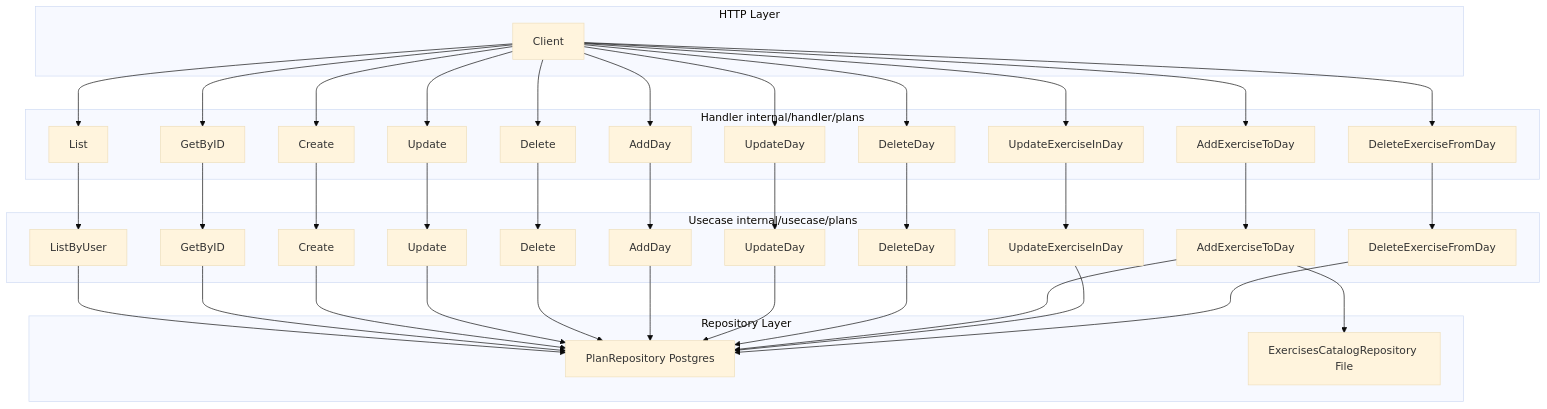
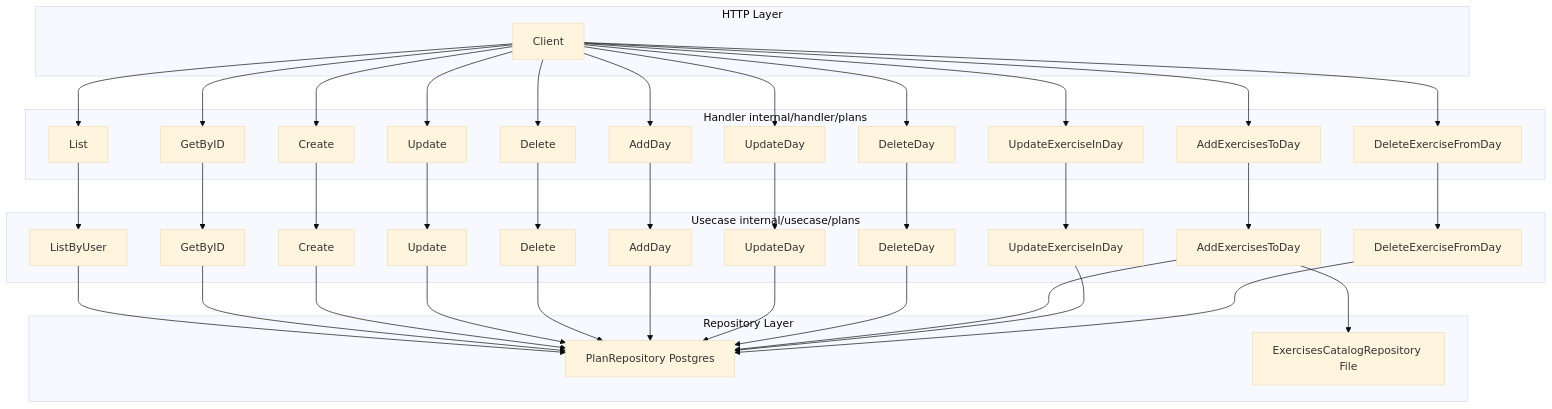
The diagram in docs/plan/plans.md (Sandryud/go-app), drawn with Mermaid (base theme) before and after one commit. The commit also changed other lines of this file and 8 other files, not shown here.

````diff
--- a/docs/plan/plans.md
+++ b/docs/plan/plans.md
@@ -24,76 +24,76 @@
 ```mermaid
 flowchart TB
   subgraph Transport [HTTP Layer]
     Client[Client]
   end
 
   subgraph HandlerLayer [Handler internal/handler/plans]
     List[List]
     GetByID[GetByID]
     Create[Create]
     Update[Update]
     Delete[Delete]
     AddDay[AddDay]
     UpdateDay[UpdateDay]
     DeleteDay[DeleteDay]
-    AddEx[AddExerciseToDay]
+    AddEx[AddExercisesToDay]
     UpdateEx[UpdateExerciseInDay]
     DeleteEx[DeleteExerciseFromDay]
   end
 
   subgraph UsecaseLayer [Usecase internal/usecase/plans]
     U_List[ListByUser]
     U_Get[GetByID]
     U_Create[Create]
     U_Update[Update]
     U_Delete[Delete]
     U_AddDay[AddDay]
     U_UpdateDay[UpdateDay]
     U_DeleteDay[DeleteDay]
-    U_AddEx[AddExerciseToDay]
+    U_AddEx[AddExercisesToDay]
     U_UpdateEx[UpdateExerciseInDay]
     U_DeleteEx[DeleteExerciseFromDay]
   end
 
   subgraph RepoLayer [Repository Layer]
     PlanRepo[PlanRepository Postgres]
     CatalogRepo[ExercisesCatalogRepository File]
   end
 
   Client --> List
   Client --> GetByID
   Client --> Create
   Client --> Update
   Client --> Delete
   Client --> AddDay
   Client --> UpdateDay
   Client --> DeleteDay
   Client --> AddEx
   Client --> UpdateEx
   Client --> DeleteEx
 
   List --> U_List
   GetByID --> U_Get
   Create --> U_Create
   Update --> U_Update
   Delete --> U_Delete
   AddDay --> U_AddDay
   UpdateDay --> U_UpdateDay
   DeleteDay --> U_DeleteDay
   AddEx --> U_AddEx
   UpdateEx --> U_UpdateEx
   DeleteEx --> U_DeleteEx
 
   U_List --> PlanRepo
   U_Get --> PlanRepo
   U_Create --> PlanRepo
   U_Update --> PlanRepo
   U_Delete --> PlanRepo
   U_AddDay --> PlanRepo
   U_UpdateDay --> PlanRepo
   U_DeleteDay --> PlanRepo
   U_AddEx --> PlanRepo
   U_AddEx --> CatalogRepo
   U_UpdateEx --> PlanRepo
   U_DeleteEx --> PlanRepo
 ```
````
